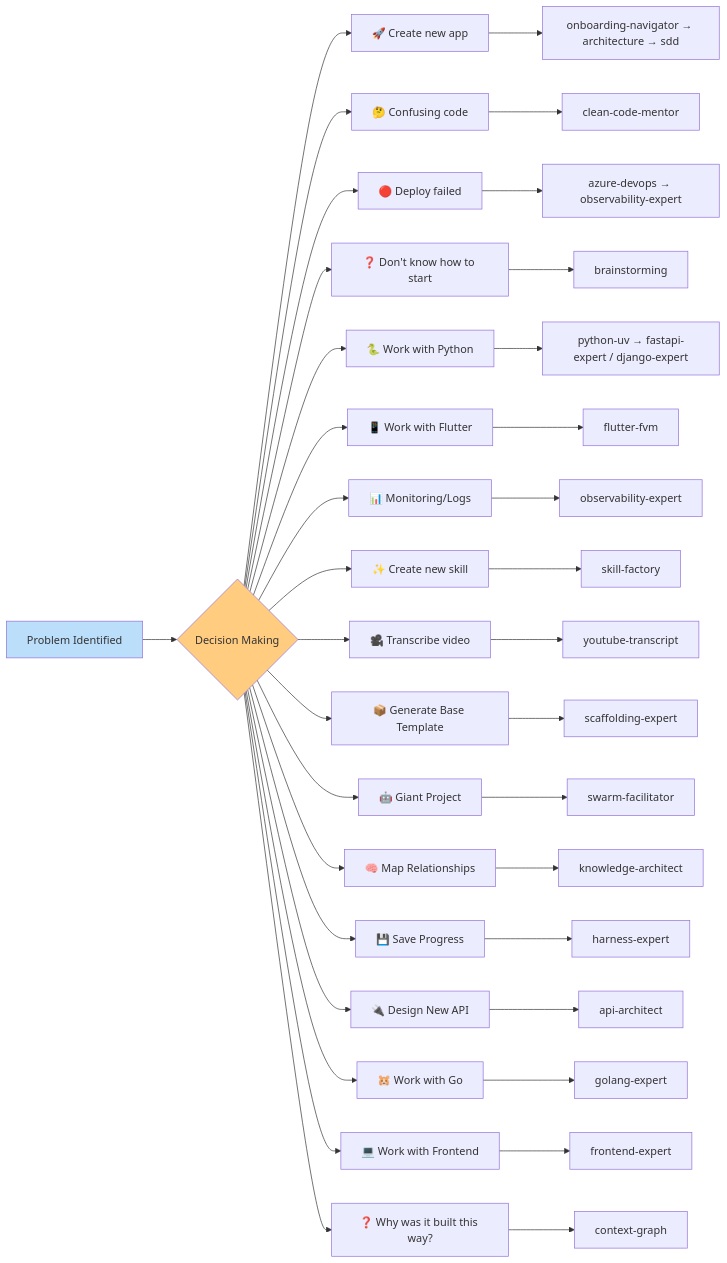
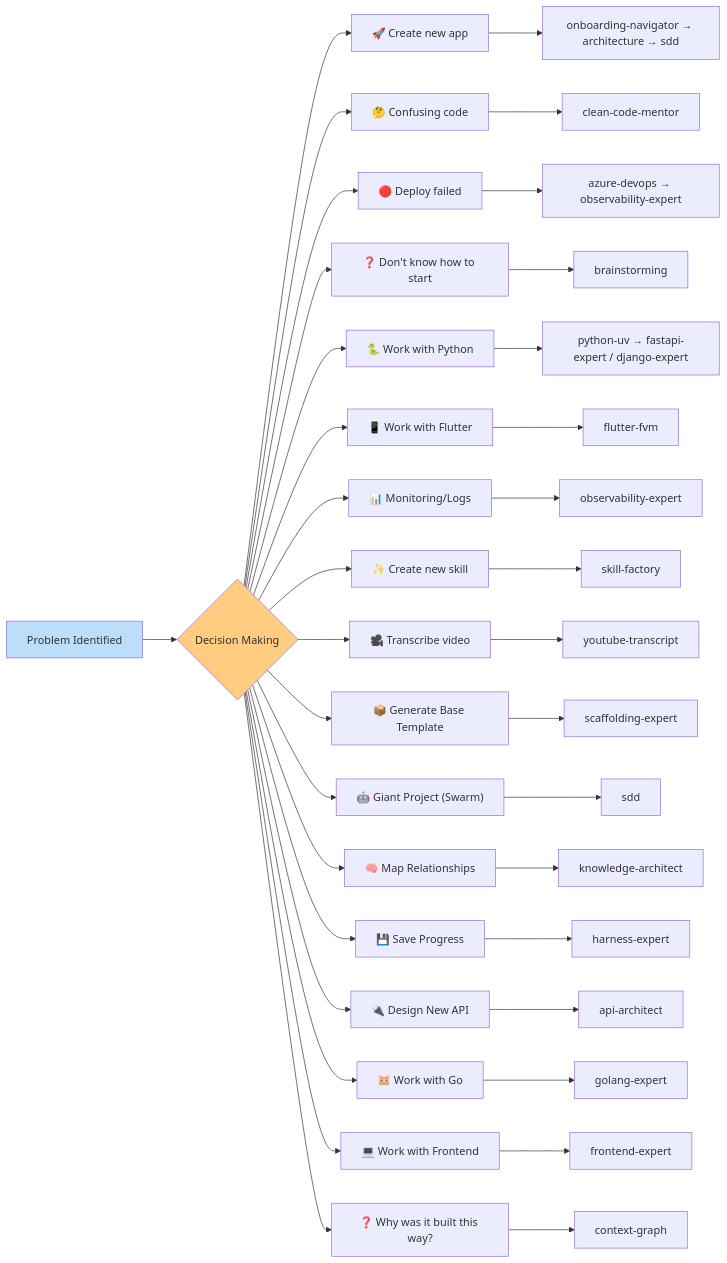
One commit to KlebersonCollab/skills changed the second of 2 diagrams in onboarding-navigator/references/skills-catalog.md. Above: the diagram before and after it, drawn with Mermaid. The commit also changed other lines of this file and 42 other files, not shown here.

First line of the commit message:
feat(sdd): consolidate swarm-facilitator into sdd core

````diff
--- a/onboarding-navigator/references/skills-catalog.md
+++ b/onboarding-navigator/references/skills-catalog.md
@@ -113,43 +112,43 @@
 ```mermaid
 flowchart LR
     Problem[Problem Identified] --> Decision{Decision Making}
     
     Decision --> NewApp["🚀 Create new app"]
     Decision --> CodeSmell["🤔 Confusing code"]
     Decision --> DeployFailed["🔴 Deploy failed"]
     Decision --> NoIdea["❓ Don't know how to start"]
     Decision --> PythonTask["🐍 Work with Python"]
     Decision --> FlutterTask["📱 Work with Flutter"]
     Decision --> Monitor["📊 Monitoring/Logs"]
     Decision --> NewSkill["✨ Create new skill"]
     Decision --> YoutubeVid["🎥 Transcribe video"]
     Decision --> Scaffold["📦 Generate Base Template"]
-    Decision --> Orchestrate["🤖 Giant Project"]
+    Decision --> Orchestrate["🤖 Giant Project (Swarm)"]
     Decision --> MapKnowledge["🧠 Map Relationships"]
     Decision --> SaveState["💾 Save Progress"]
     Decision --> NewAPI["🔌 Design New API"]
     Decision --> GoTask["🐹 Work with Go"]
     Decision --> FrontendTask["💻 Work with Frontend"]
     Decision --> WhyArchitecture["❓ Why was it built this way?"]
     
     NewApp --> Path1[onboarding-navigator → architecture → sdd]
     CodeSmell --> Path2[clean-code-mentor]
     DeployFailed --> Path3[azure-devops → observability-expert]
     NoIdea --> Path4[brainstorming]
     PythonTask --> Path5[python-uv → fastapi-expert / django-expert]
     FlutterTask --> Path6[flutter-fvm]
     Monitor --> Path7[observability-expert]
     NewSkill --> Path8[skill-factory]
     YoutubeVid --> Path9[youtube-transcript]
     Scaffold --> Path10[scaffolding-expert]
-    Orchestrate --> Path11[swarm-facilitator]
+    Orchestrate --> Path11[sdd]
     MapKnowledge --> Path12[knowledge-architect]
     SaveState --> Path13[harness-expert]
     NewAPI --> Path14[api-architect]
     GoTask --> Path15[golang-expert]
     FrontendTask --> Path16[frontend-expert]
     WhyArchitecture --> Path17[context-graph]
     
     style Problem fill:#bbdefb
     style Decision fill:#ffcc80
 ```
````
